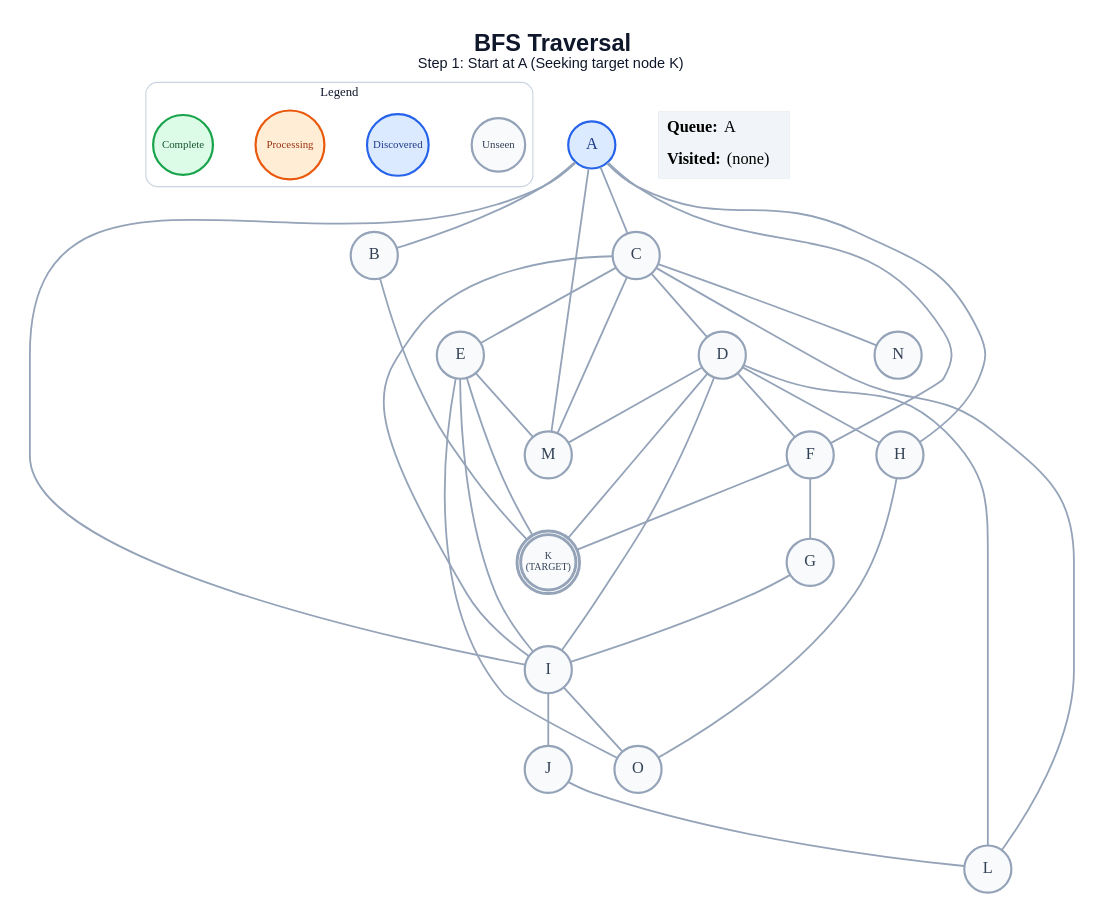
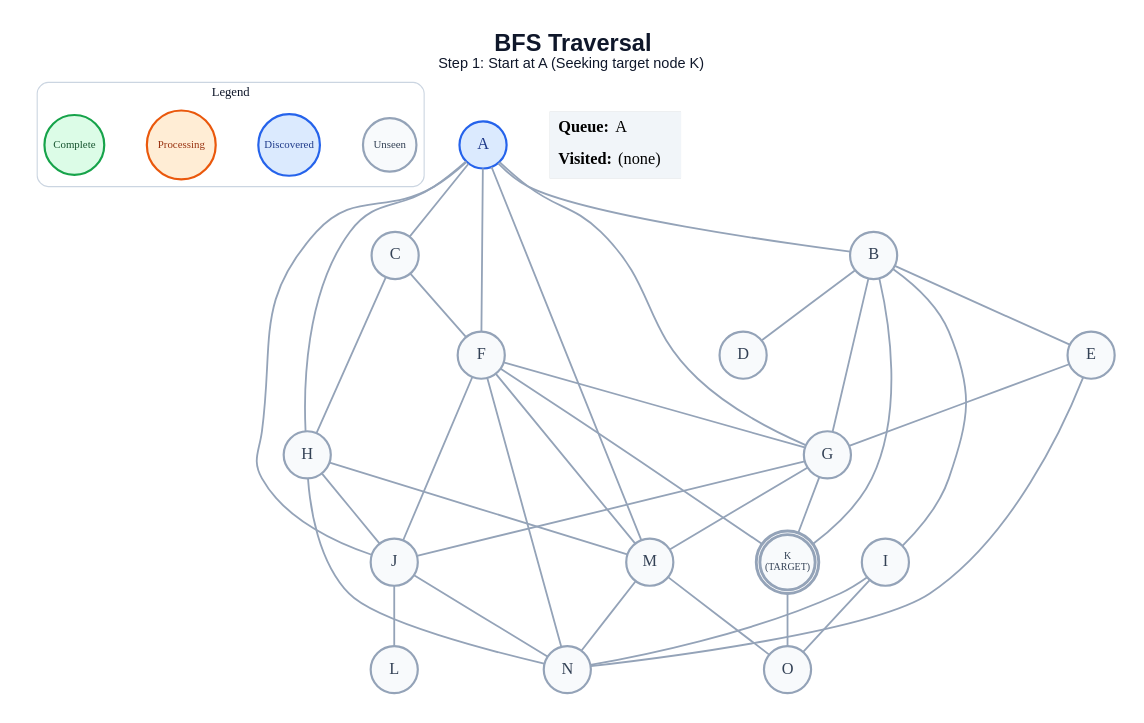
The diagram in generated/specific-node/bfs/step_01.dot (anon7238593-create/ai-slop), drawn with Graphviz before and after one commit. The commit also changed 217 other files, not shown here.

```diff
--- a/generated/specific-node/bfs/step_01.dot
+++ b/generated/specific-node/bfs/step_01.dot
@@ -1,64 +1,68 @@
 graph traversal {
   graph [layout=dot, rankdir=TB, bgcolor="#FFFFFF", pad="0.35", nodesep="0.65", ranksep="0.8", fontname="Arial"];
   node [shape=circle, style="filled", fontname="Arial Bold", fontsize=18, width=0.72, fixedsize=true, penwidth=2.4];
   edge [color="#94A3B8", penwidth=2.0];
   label=<<B>BFS Traversal</B><BR/><FONT POINT-SIZE="16">Step 1: Start at A (Seeking target node K)</FONT>>; labelloc="t"; fontsize=26; fontname="Arial"; fontcolor="#0F172A";
   subgraph cluster_legend { label="Legend"; color="#CBD5E1"; penwidth=1.2; style="rounded"; fontsize=14; fontname="Arial Bold";
     key_unseen [label="Unseen", fillcolor="#F8FAFC", color="#94A3B8", fontcolor="#334155", fontsize=12, width=0.82];
     key_frontier [label="Discovered", fillcolor="#DBEAFE", color="#2563EB", fontcolor="#1E3A8A", fontsize=12, width=0.95];
     key_current [label="Processing", fillcolor="#FFEDD5", color="#EA580C", fontcolor="#9A3412", fontsize=12, width=1.05];
     key_done [label="Complete", fillcolor="#DCFCE7", color="#16A34A", fontcolor="#14532D", fontsize=12, width=0.92];
     { rank=same; key_unseen; key_frontier; key_current; key_done; }
   }
   A [label="A", fillcolor="#DBEAFE", color="#2563EB", fontcolor="#1E3A8A", peripheries=1, penwidth=2.4];
   B [label="B", fillcolor="#F8FAFC", color="#94A3B8", fontcolor="#334155", peripheries=1, penwidth=2.4];
   C [label="C", fillcolor="#F8FAFC", color="#94A3B8", fontcolor="#334155", peripheries=1, penwidth=2.4];
   D [label="D", fillcolor="#F8FAFC", color="#94A3B8", fontcolor="#334155", peripheries=1, penwidth=2.4];
   E [label="E", fillcolor="#F8FAFC", color="#94A3B8", fontcolor="#334155", peripheries=1, penwidth=2.4];
   F [label="F", fillcolor="#F8FAFC", color="#94A3B8", fontcolor="#334155", peripheries=1, penwidth=2.4];
   G [label="G", fillcolor="#F8FAFC", color="#94A3B8", fontcolor="#334155", peripheries=1, penwidth=2.4];
   H [label="H", fillcolor="#F8FAFC", color="#94A3B8", fontcolor="#334155", peripheries=1, penwidth=2.4];
   I [label="I", fillcolor="#F8FAFC", color="#94A3B8", fontcolor="#334155", peripheries=1, penwidth=2.4];
   J [label="J", fillcolor="#F8FAFC", color="#94A3B8", fontcolor="#334155", peripheries=1, penwidth=2.4];
   K [label="K\n(TARGET)", fillcolor="#F8FAFC", color="#94A3B8", fontcolor="#334155", peripheries=2, penwidth=3.2, fontsize=11, width=0.85, height=0.85];
   L [label="L", fillcolor="#F8FAFC", color="#94A3B8", fontcolor="#334155", peripheries=1, penwidth=2.4];
   M [label="M", fillcolor="#F8FAFC", color="#94A3B8", fontcolor="#334155", peripheries=1, penwidth=2.4];
   N [label="N", fillcolor="#F8FAFC", color="#94A3B8", fontcolor="#334155", peripheries=1, penwidth=2.4];
   O [label="O", fillcolor="#F8FAFC", color="#94A3B8", fontcolor="#334155", peripheries=1, penwidth=2.4];
   A -- B;
   A -- C;
   A -- F;
+  A -- G;
   A -- H;
-  A -- I;
+  A -- J;
   A -- M;
+  B -- D;
+  B -- E;
+  B -- G;
+  B -- I;
   B -- K;
-  C -- D;
-  C -- E;
-  C -- I;
-  C -- L;
-  C -- M;
-  C -- N;
-  D -- F;
-  D -- H;
-  D -- I;
-  D -- K;
-  D -- L;
-  D -- M;
-  E -- I;
-  E -- K;
-  E -- M;
-  E -- O;
+  C -- F;
+  C -- H;
+  E -- G;
+  E -- N;
   F -- G;
+  F -- J;
   F -- K;
-  G -- I;
-  H -- O;
-  I -- J;
+  F -- M;
+  F -- N;
+  G -- J;
+  G -- K;
+  G -- M;
+  H -- J;
+  H -- M;
+  H -- N;
+  I -- N;
   I -- O;
   J -- L;
+  J -- N;
+  K -- O;
+  M -- N;
+  M -- O;
   status [shape=plain, fixedsize=false, width=0, height=0, margin=0, label=<
     <TABLE BORDER="0" CELLBORDER="0" CELLPADDING="7" BGCOLOR="#F1F5F9">
       <TR><TD ALIGN="LEFT"><B>Queue:</B> A</TD></TR>
       <TR><TD ALIGN="LEFT"><B>Visited:</B> (none)</TD></TR>
     </TABLE>
   >];
 }
```
